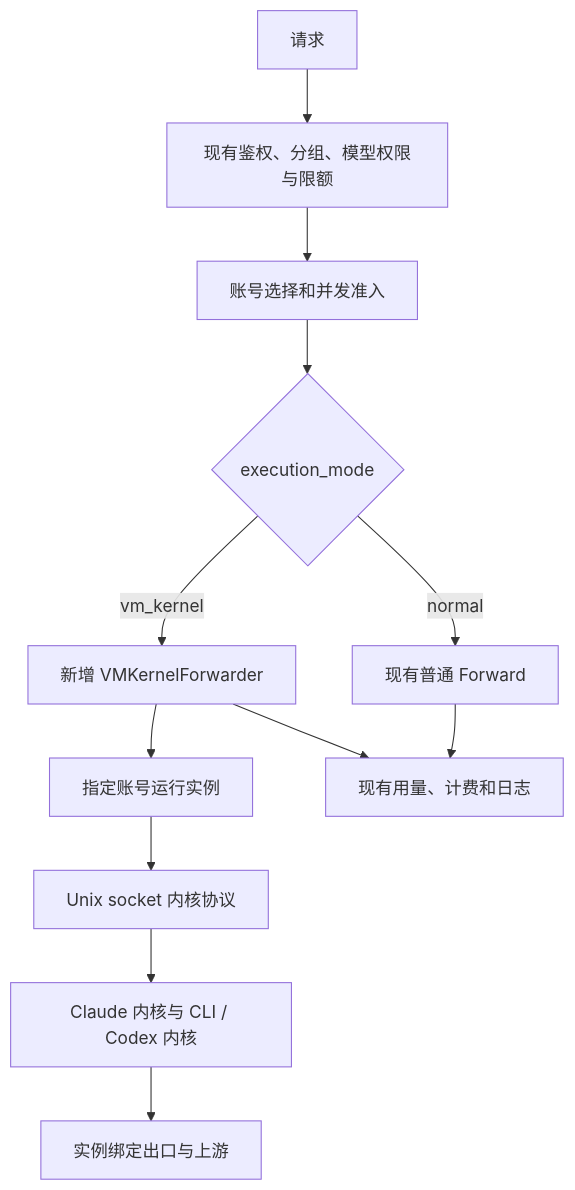
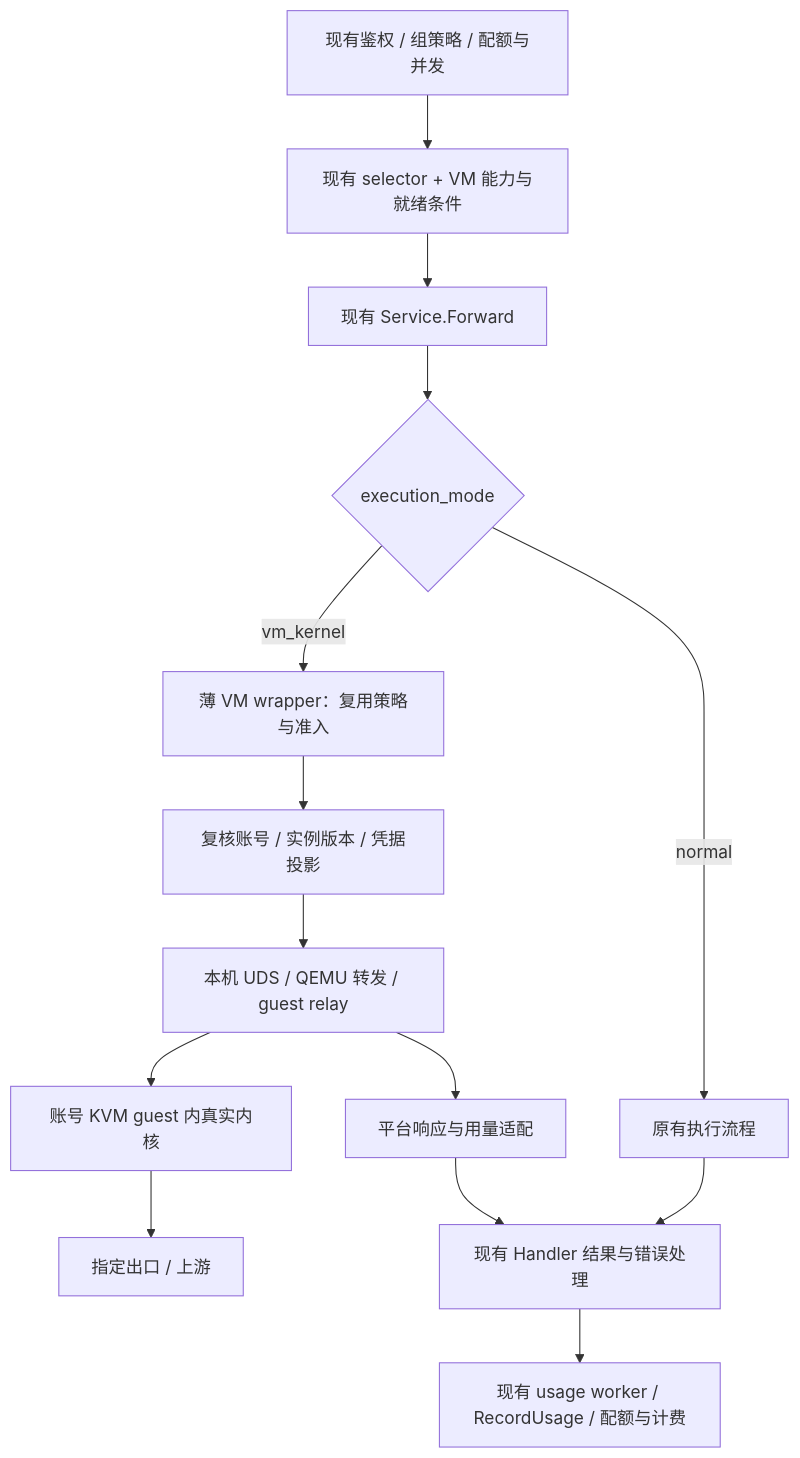
One commit to caims481266251/sub2api changed the first of 2 diagrams in docs/vm-kernel-account-mode-plan.md. Above: the diagram before and after it, drawn with Mermaid. The commit also changed other lines of this file and 1 other file, not shown here.

Commit message:
docs: constrain VM kernel account mode to first-release KVM flow

````diff
--- a/docs/vm-kernel-account-mode-plan.md
+++ b/docs/vm-kernel-account-mode-plan.md
@@ -19,14 +71,16 @@
-```mermaid
+~~~mermaid
 flowchart TD
-    A[请求] --> B[现有鉴权、分组、模型权限与限额]
-    B --> C[账号选择和并发准入]
+    A[现有鉴权 / 组策略 / 配额与并发] --> B[现有 selector + VM 能力与就绪条件]
+    B --> C[现有 Service.Forward]
     C --> D{execution_mode}
-    D -->|normal| E[现有普通 Forward]
-    D -->|vm_kernel| F[新增 VMKernelForwarder]
-    F --> G[指定账号运行实例]
-    G --> H[Unix socket 内核协议]
-    H --> I[Claude 内核与 CLI / Codex 内核]
-    I --> J[实例绑定出口与上游]
-    E --> K[现有用量、计费和日志]
-    F --> K
-```
+    D -->|normal| E[原有执行流程]
+    D -->|vm_kernel| F[薄 VM wrapper：复用策略与准入]
+    F --> G[复核账号 / 实例版本 / 凭据投影]
+    G --> H[本机 UDS / QEMU 转发 / guest relay]
+    H --> I[账号 KVM guest 内真实内核]
+    I --> J[指定出口 / 上游]
+    H --> K[平台响应与用量适配]
+    E --> L[现有 Handler 结果与错误处理]
+    K --> L
+    L --> M[现有 usage worker / RecordUsage / 配额与计费]
+~~~
````
